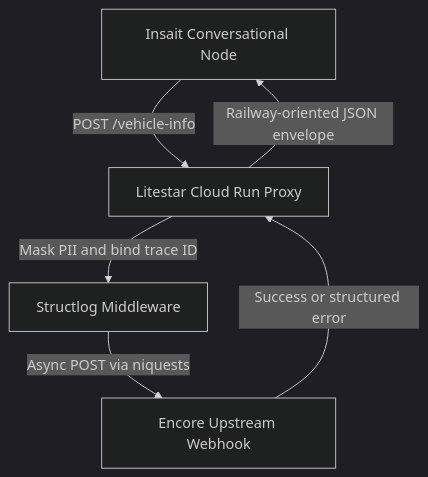
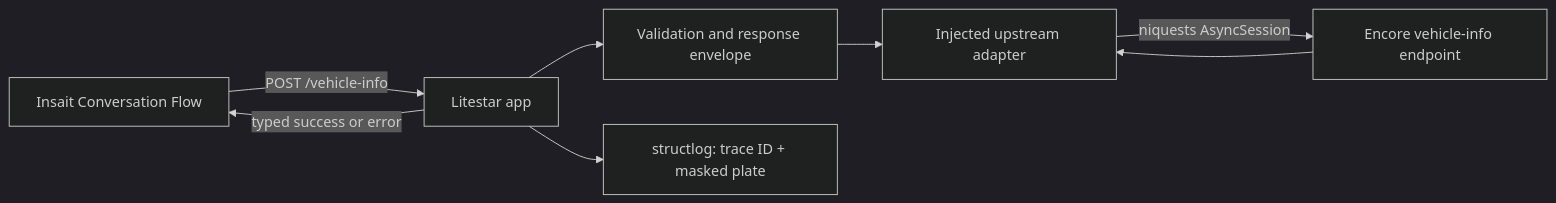
Before and after one commit to yanai-sh/onboarding-flow: the diagram in ARCHITECTURE.md, drawn with Mermaid (dark theme). The commit also changed other lines of this file and 4 other files, not shown here.

````diff
--- a/ARCHITECTURE.md
+++ b/ARCHITECTURE.md
@@ -8,8 +9,10 @@
 ```mermaid
-graph TD
-    A[Insait Conversational Node] -->|POST /vehicle-info| B[Litestar Cloud Run Proxy]
-    B -->|Mask PII and bind trace ID| C[Structlog Middleware]
-    C -->|Async POST via niquests| D[Encore Upstream Webhook]
-    D -->|Success or structured error| B
-    B -->|Railway-oriented JSON envelope| A
+graph LR
+    A[Insait Conversation Flow] -->|POST /vehicle-info| B[Litestar app]
+    B --> C[Validation and response envelope]
+    C --> D[Injected upstream adapter]
+    D -->|niquests AsyncSession| E[Encore vehicle-info endpoint]
+    E --> D
+    B --> F[structlog: trace ID + masked plate]
+    B -->|typed success or error| A
 ```
````
